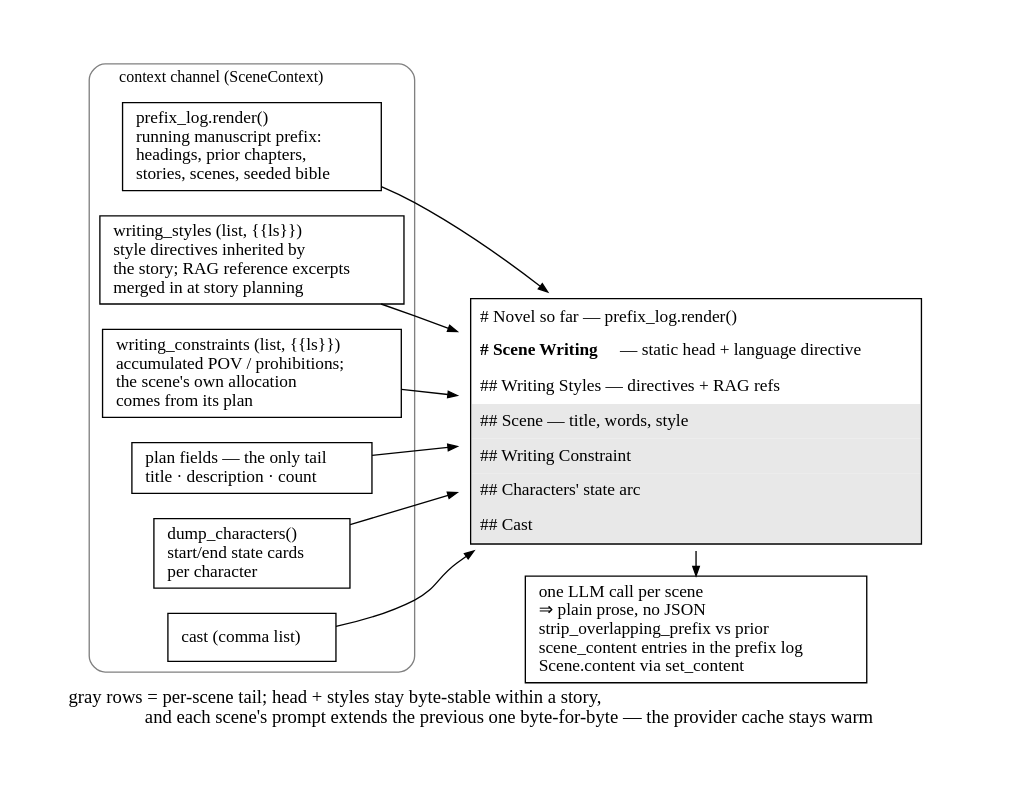
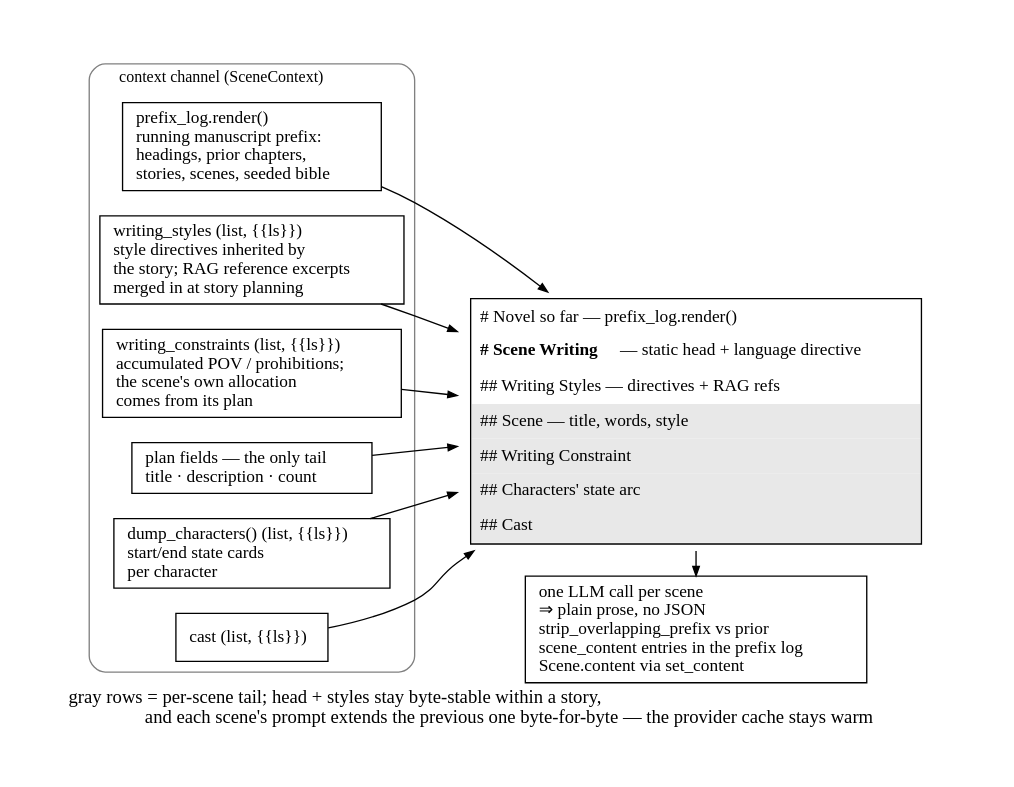
One commit to Whth/fabricatio changed the diagram in packages/fabricatio-novel/assets/prompt-assembly.gv. Above: the diagram before and after it, drawn with Graphviz. The commit also changed 17 other files, not shown here.

```diff
--- a/packages/fabricatio-novel/assets/prompt-assembly.gv
+++ b/packages/fabricatio-novel/assets/prompt-assembly.gv
@@ -1,61 +1,61 @@
 // fabricatio-novel: how one scene write prompt is assembled, and what comes back.
 // Render: dot -Tsvg prompt-assembly.gv -o prompt-assembly.svg
 digraph assembly {
     rankdir=LR;
     bgcolor="white";
     fontname="serif";
     pad="0.45";
     nodesep=0.26;
     ranksep=0.55;
 
     node [shape=box, style="filled", fillcolor="white", color="black",
           fontname="serif", fontsize=13, margin="0.14,0.07"];
     edge [color="black", arrowsize=0.7, fontname="serif", fontsize=11];
 
     subgraph cluster_sources {
         label="context channel (SceneContext)";
         labelloc="t";
         labeljust="l";
         fontname="serif";
         fontsize=12;
         color="#808080";
         style="rounded";
 
         src_prefix [label="prefix_log.render()\lrunning manuscript prefix:\lheadings, prior chapters,\lstories, scenes, seeded bible\l"];
         src_styles [label="writing_styles (list, {{ls}})\lstyle directives inherited by\lthe story; RAG reference excerpts\lmerged in at story planning\l"];
         src_constr [label="writing_constraints (list, {{ls}})\laccumulated POV / prohibitions;\lthe scene's own allocation\lcomes from its plan\l"];
         src_scene  [label="plan fields — the only tail\ltitle · description · count\l"];
-        src_chars  [label="dump_characters()\lstart/end state cards\lper character\l"];
-        src_misc   [label="cast (comma list)\l"];
+        src_chars  [label="dump_characters() (list, {{ls}})\lstart/end state cards\lper character\l"];
+        src_misc   [label="cast (list, {{ls}})\l"];
     }
 
     prompt [shape=plaintext, style="", fillcolor="white",
             label=<
                 <table border="1" cellborder="0" cellspacing="0" cellpadding="6" bgcolor="white">
                     <tr><td align="left"># Novel so far — prefix_log.render()</td></tr>
                     <tr><td align="left"><b># Scene Writing</b> — static head + language directive</td></tr>
                     <tr><td align="left">## Writing Styles — directives + RAG refs</td></tr>
                     <tr><td align="left" bgcolor="#E8E8E8">## Scene — title, words, style</td></tr>
                     <tr><td align="left" bgcolor="#E8E8E8">## Writing Constraint</td></tr>
                     <tr><td align="left" bgcolor="#E8E8E8">## Characters' state arc</td></tr>
                     <tr><td align="left" bgcolor="#E8E8E8">## Cast</td></tr>
                 </table>
             >];
 
     write [label="one LLM call per scene\l⇒ plain prose, no JSON\lstrip_overlapping_prefix vs prior\lscene_content entries in the prefix log\lScene.content via set_content\l"];
 
     // keep the outcome box directly below the prompt, not to its right
     { rank=same; prompt; write; }
 
     src_prefix -> prompt;
     src_styles -> prompt;
     src_constr -> prompt;
     src_scene  -> prompt;
     src_chars  -> prompt;
     src_misc   -> prompt;
 
     prompt -> write [constraint=false];
 
     labelloc="b";
     label="  gray rows = per-scene tail; head + styles stay byte-stable within a story,\l  and each scene's prompt extends the previous one byte-for-byte — the provider cache stays warm";
 }
```
